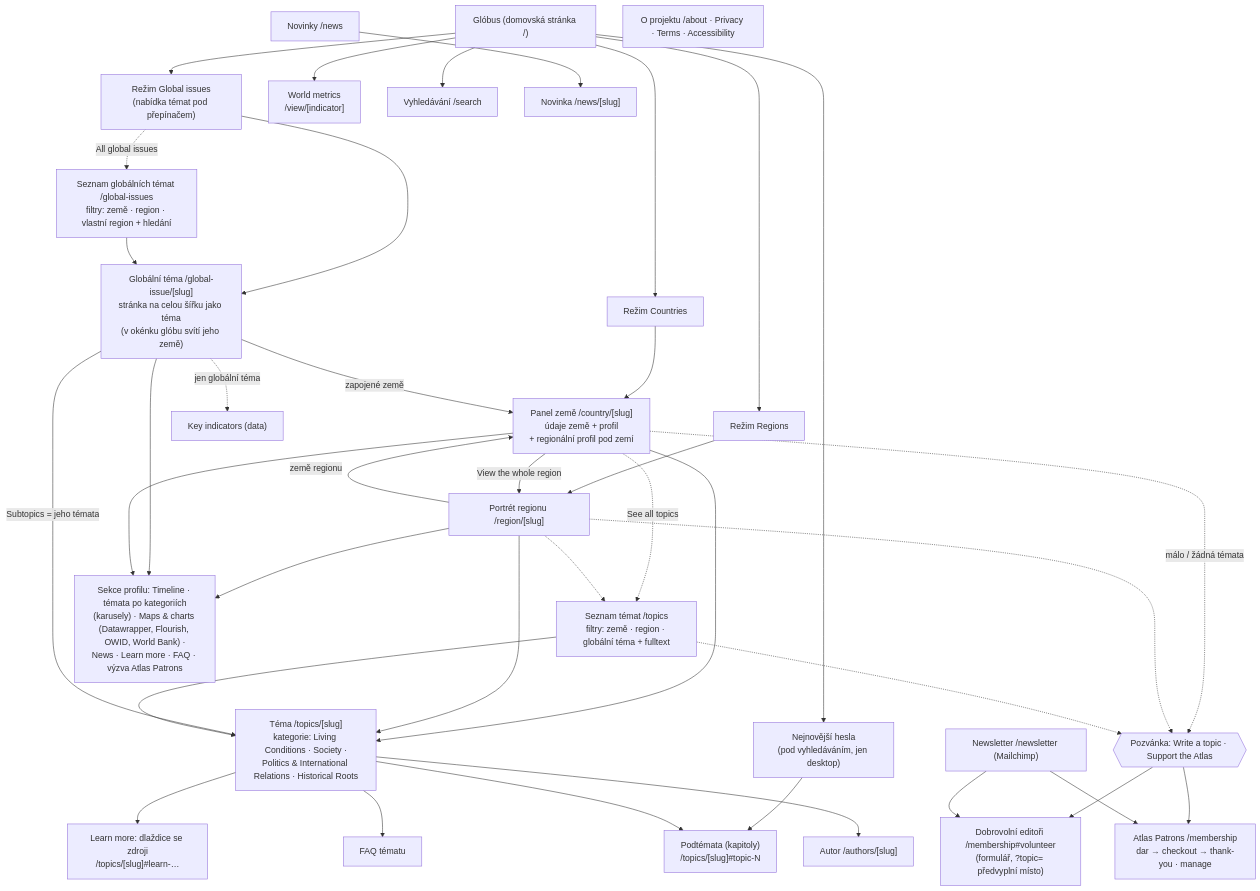
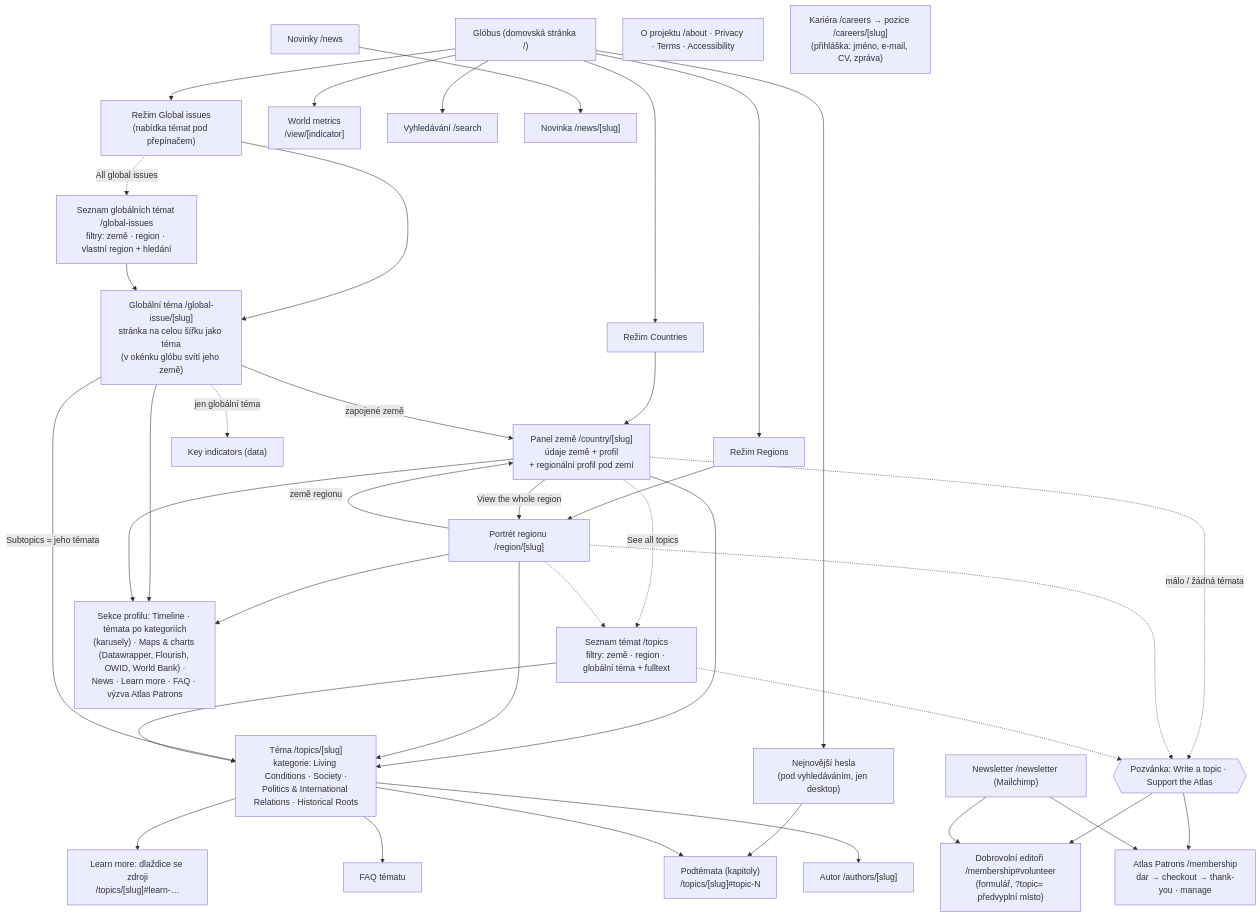
The first of 2 diagrams in docs/architecture/mapa-webu.md (Atlas-of-Today-s-World/atlas-of-todays-world), drawn with Mermaid before and after one commit. The commit also changed other lines of this file and 31 other files, not shown here.

````diff
--- a/docs/architecture/mapa-webu.md
+++ b/docs/architecture/mapa-webu.md
@@ -16,54 +16,55 @@
 ```mermaid
 flowchart TD
   Home["Glóbus (domovská stránka /)"]
   Home --> M1["Režim Countries"]
   Home --> M2["Režim Regions"]
   Home --> M3["Režim Global issues<br/>(nabídka témat pod přepínačem)"]
   Home --> Metrics["World metrics<br/>/view/[indicator]"]
   Home --> Featured["Nejnovější hesla<br/>(pod vyhledáváním, jen desktop)"]
   Home --> Search["Vyhledávání /search"]
 
   M1 --> Country["Panel země /country/[slug]<br/>údaje země + profil<br/>+ regionální profil pod zemí"]
   M2 --> Region["Portrét regionu /region/[slug]"]
   M3 --> Issue["Globální téma /global-issue/[slug]<br/>stránka na celou šířku jako téma<br/>(v okénku glóbu svítí jeho země)"]
   Country -->|"View the whole region"| Region
   Region -->|"země regionu"| Country
   Issue -->|"zapojené země"| Country
 
   Country --> Topic
   Region --> Topic
   Issue -->|"Subtopics = jeho témata"| Topic
   Featured --> Subtopic
 
   Topics["Seznam témat /topics<br/>filtry: země · region · globální téma + fulltext"] --> Topic
   Issues["Seznam globálních témat /global-issues<br/>filtry: země · region · vlastní region + hledání"] --> Issue
   M3 -.->|"All global issues"| Issues
   Country -.->|"See all topics"| Topics
   Region -.-> Topics
 
   Topic["Téma /topics/[slug]<br/>kategorie: Living Conditions · Society ·<br/>Politics & International Relations · Historical Roots"]
   Topic --> Subtopic["Podtémata (kapitoly)<br/>/topics/[slug]#topic-N"]
   Topic --> LearnMore["Learn more: dlaždice se zdroji<br/>/topics/[slug]#learn-…"]
   Topic --> TopicFaq["FAQ tématu"]
   Topic --> Author["Autor /authors/[slug]"]
 
   Region --> Portrait["Sekce profilu: Timeline · témata po kategoriích<br/>(karusely) · Maps & charts (Datawrapper, Flourish, OWID, World Bank) ·<br/>News · Learn more · FAQ · výzva Atlas Patrons"]
   Issue --> Portrait
   Country --> Portrait
   Issue -.->|"jen globální téma"| KeyInd["Key indicators (data)"]
 
   News["Novinky /news"] --> NewsItem["Novinka /news/[slug]"]
 
   Country -.->|"málo / žádná témata"| Invite{{"Pozvánka: Write a topic · Support the Atlas"}}
   Region -.-> Invite
   Topics -.-> Invite
   Invite --> Volunteer
   Invite --> Patrons
 
   Patrons["Atlas Patrons /membership<br/>dar → checkout → thank-you · manage"]
   Volunteer["Dobrovolní editoři /membership#volunteer<br/>(formulář, ?topic= předvyplní místo)"]
   Newsletter["Newsletter /newsletter (Mailchimp)"]
   Newsletter --> Patrons
   Newsletter --> Volunteer
   About["O projektu /about · Privacy · Terms · Accessibility"]
+  Careers["Kariéra /careers → pozice /careers/[slug]<br/>(přihláška: jméno, e-mail, CV, zpráva)"]
 ```
````
